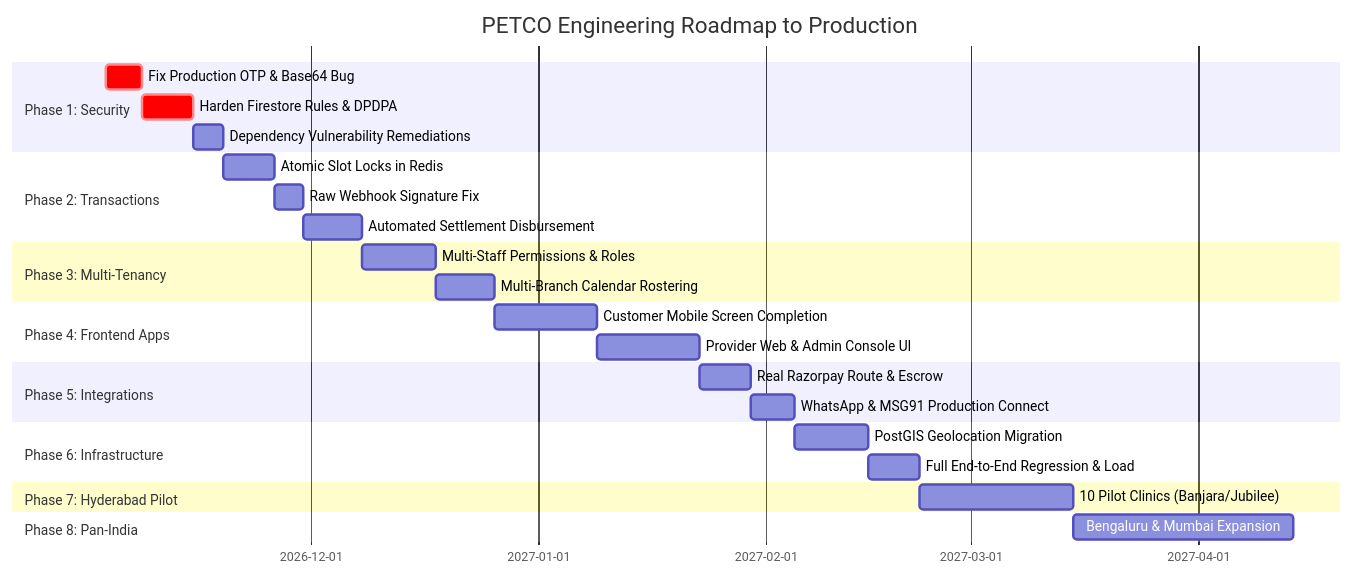
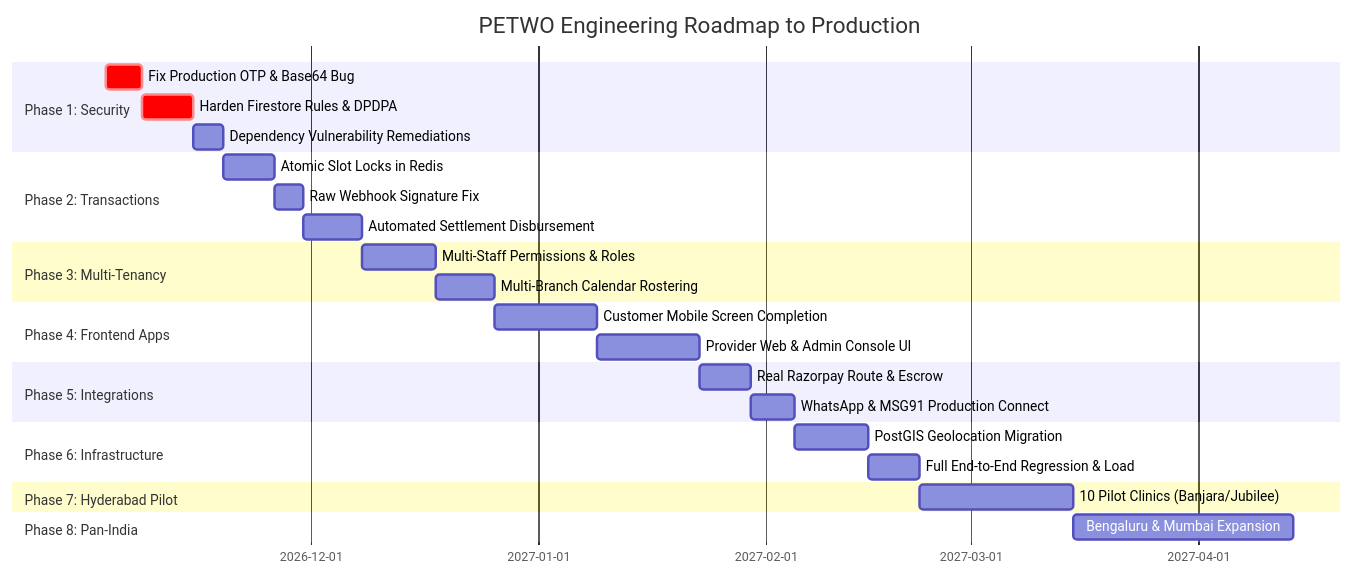
One commit to bathi2389-code/petwo changed the second of 2 diagrams in docs/MASTER_ENGINEERING_AUDIT.md. Above: the diagram before and after it, drawn with Mermaid. The commit also changed other lines of this file and 105 other files, not shown here.

Commit message:
feat(branding): rename entire platform from PETCO to PETWO across all apps, packages, and docs

````diff
--- a/docs/MASTER_ENGINEERING_AUDIT.md
+++ b/docs/MASTER_ENGINEERING_AUDIT.md
@@ -440,29 +440,29 @@
 ```mermaid
 gantt
-    title PETCO Engineering Roadmap to Production
+    title PETWO Engineering Roadmap to Production
     dateFormat  YYYY-MM-DD
     section Phase 1: Security
     Fix Production OTP & Base64 Bug       :crit, p1_1, 2026-11-03, 5d
     Harden Firestore Rules & DPDPA       :crit, p1_2, 2026-11-08, 7d
     Dependency Vulnerability Remediations:p1_3, 2026-11-15, 4d
     section Phase 2: Transactions
     Atomic Slot Locks in Redis           :p2_1, 2026-11-19, 7d
     Raw Webhook Signature Fix            :p2_2, 2026-11-26, 4d
     Automated Settlement Disbursement    :p2_3, 2026-11-30, 8d
     section Phase 3: Multi-Tenancy
     Multi-Staff Permissions & Roles      :p3_1, 2026-12-08, 10d
     Multi-Branch Calendar Rostering      :p3_2, 2026-12-18, 8d
     section Phase 4: Frontend Apps
     Customer Mobile Screen Completion    :p4_1, 2026-12-26, 14d
     Provider Web & Admin Console UI      :p4_2, 2027-01-09, 14d
     section Phase 5: Integrations
     Real Razorpay Route & Escrow         :p5_1, 2027-01-23, 7d
     WhatsApp & MSG91 Production Connect  :p5_2, 2027-01-30, 6d
     section Phase 6: Infrastructure
     PostGIS Geolocation Migration        :p6_1, 2027-02-05, 10d
     Full End-to-End Regression & Load    :p6_2, 2027-02-15, 7d
     section Phase 7: Hyderabad Pilot
     10 Pilot Clinics (Banjara/Jubilee)   :p7_1, 2027-02-22, 21d
     section Phase 8: Pan-India
     Bengaluru & Mumbai Expansion         :p8_1, 2027-03-15, 30d
 ```
````
